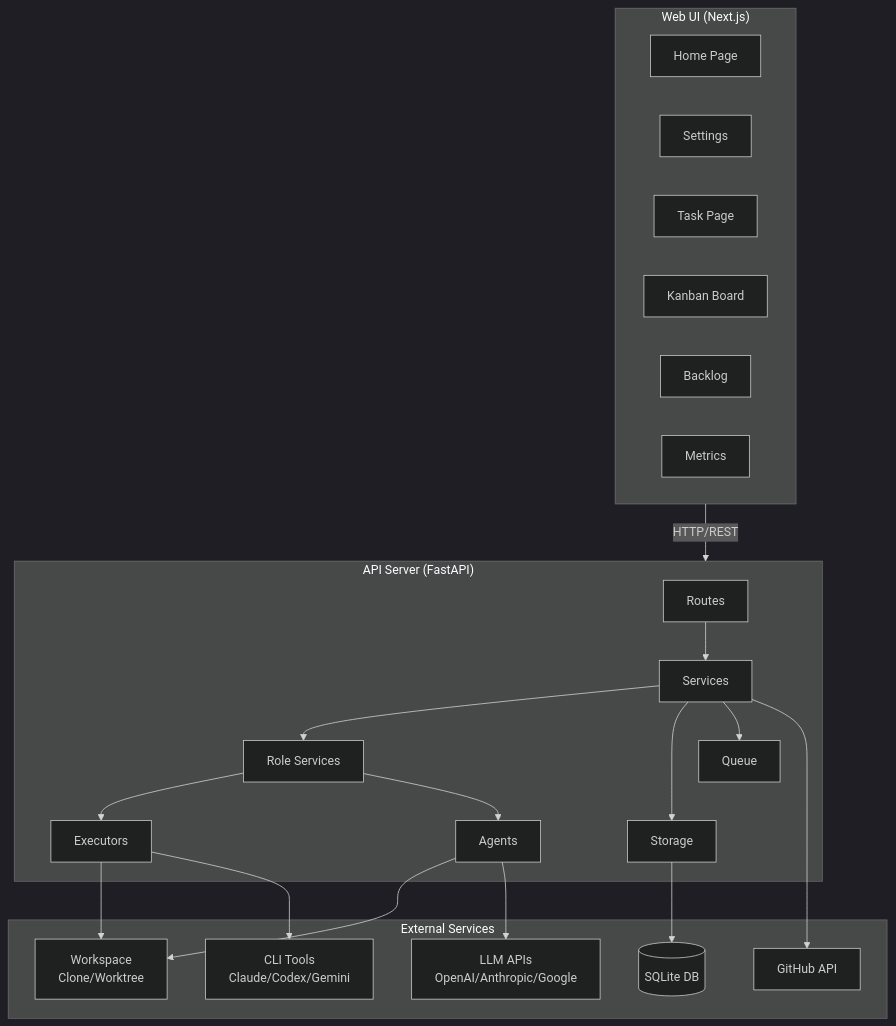
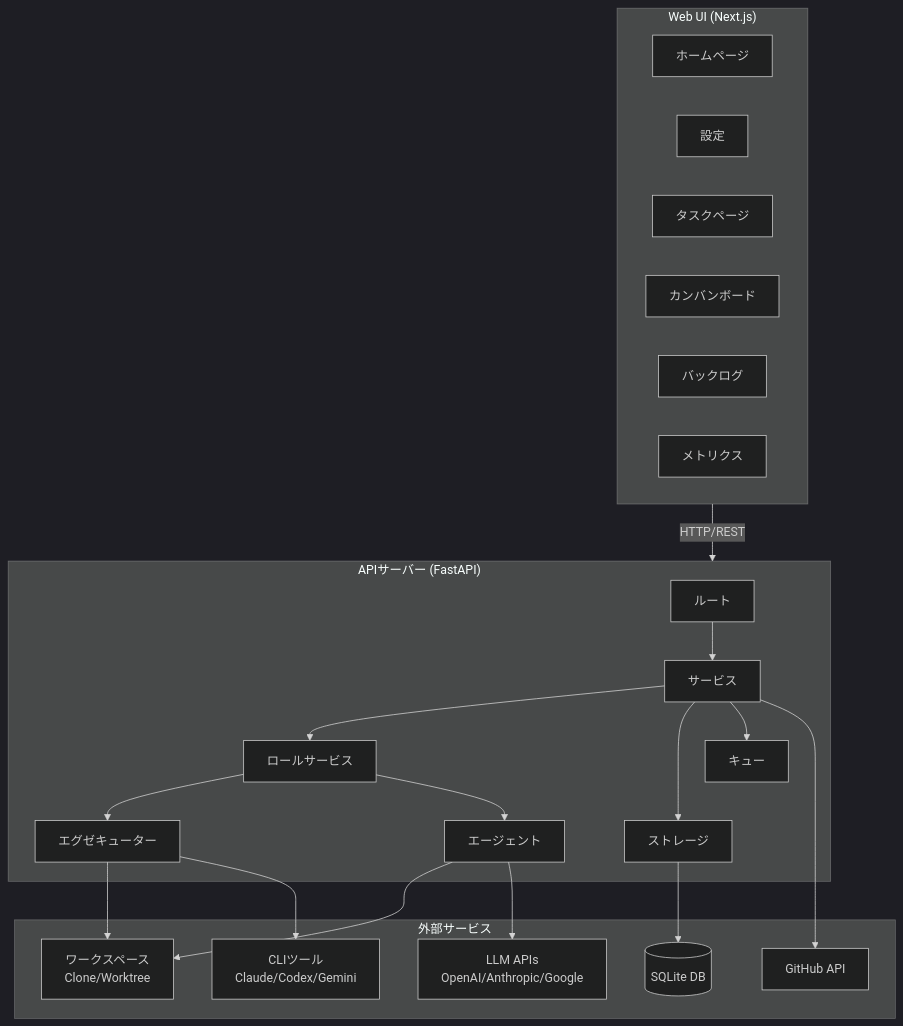
One commit to hampen2929/zloth changed the first of 15 diagrams in docs/architecture.md. Above: the diagram before and after it, drawn with Mermaid (dark theme). The commit also changed other lines of this file, not shown here.

First line of the commit message:
Translate architecture documentation to Japanese

````diff
--- a/docs/architecture.md
+++ b/docs/architecture.md
@@ -5,43 +5,43 @@
 ```mermaid
 flowchart TB
     subgraph UI["Web UI (Next.js)"]
-        Home[Home Page]
-        Settings[Settings]
-        TaskPage[Task Page]
-        Kanban[Kanban Board]
-        Backlog[Backlog]
-        Metrics[Metrics]
+        Home[ホームページ]
+        Settings[設定]
+        TaskPage[タスクページ]
+        Kanban[カンバンボード]
+        Backlog[バックログ]
+        Metrics[メトリクス]
     end
 
-    subgraph API["API Server (FastAPI)"]
-        Routes[Routes]
-        Services[Services]
-        Roles[Role Services]
-        Executors[Executors]
-        Agents[Agents]
-        Storage[Storage]
-        Queue[Queue]
+    subgraph API["APIサーバー (FastAPI)"]
+        Routes[ルート]
+        Services[サービス]
+        Roles[ロールサービス]
+        Executors[エグゼキューター]
+        Agents[エージェント]
+        Storage[ストレージ]
+        Queue[キュー]
     end
 
-    subgraph External["External Services"]
+    subgraph External["外部サービス"]
         SQLite[(SQLite DB)]
-        Workspace[Workspace<br/>Clone/Worktree]
+        Workspace[ワークスペース<br/>Clone/Worktree]
         LLM[LLM APIs<br/>OpenAI/Anthropic/Google]
-        CLI[CLI Tools<br/>Claude/Codex/Gemini]
+        CLI[CLIツール<br/>Claude/Codex/Gemini]
         GitHub[GitHub API]
     end
 
     UI -->|HTTP/REST| API
     Routes --> Services
     Services --> Roles
     Roles --> Executors
     Roles --> Agents
     Services --> Storage
     Services --> Queue
     Storage --> SQLite
     Executors --> Workspace
     Executors --> CLI
     Agents --> Workspace
     Agents --> LLM
     Services --> GitHub
 ```
````
